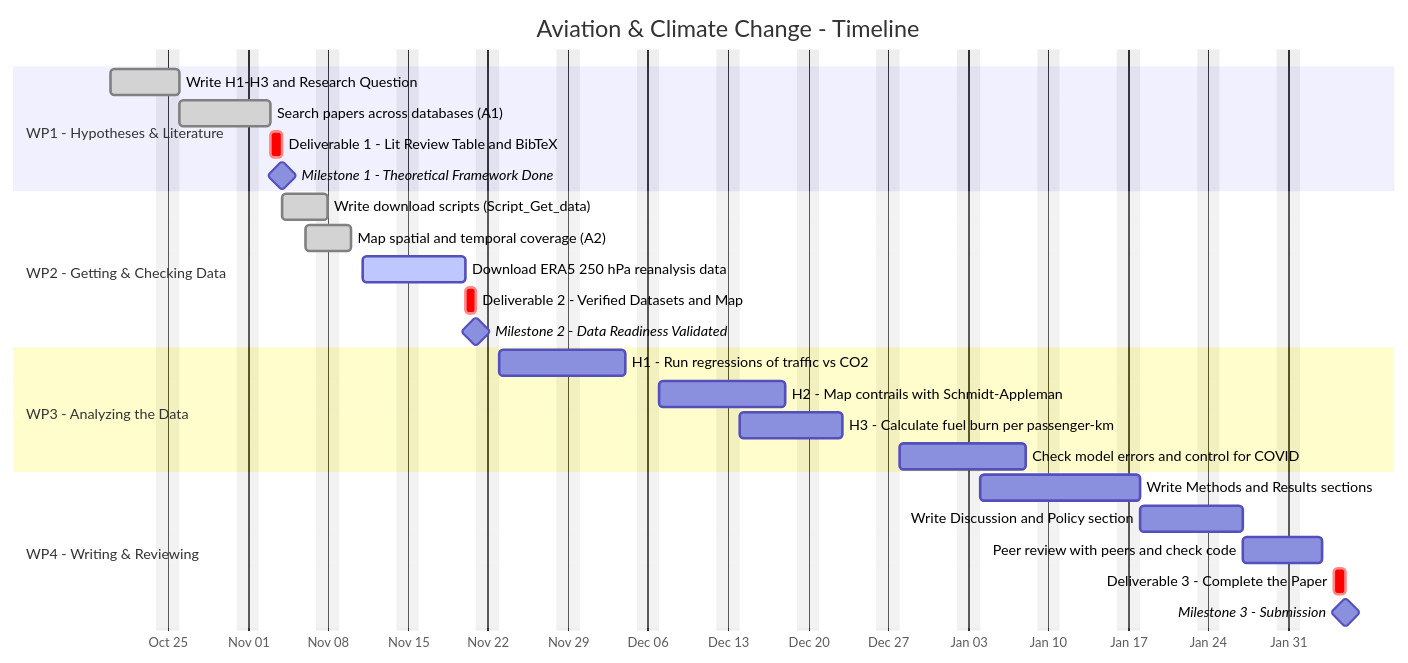
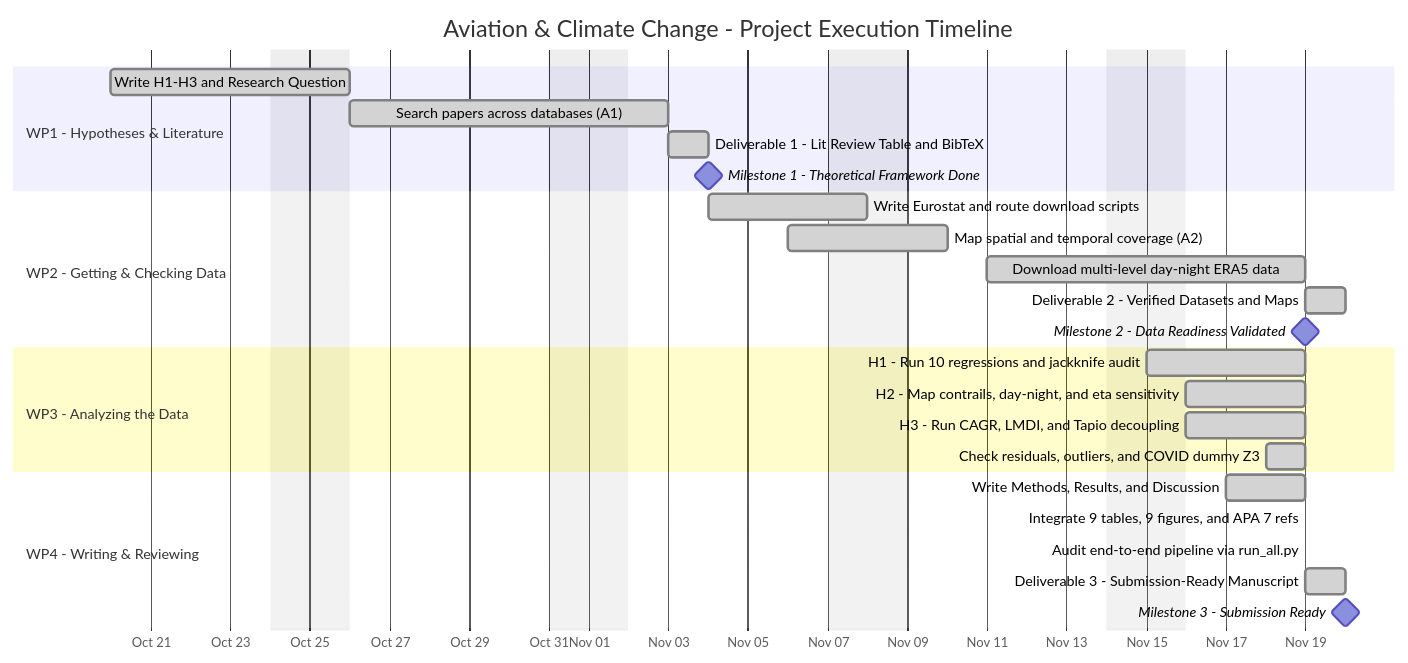
One commit to SanRoy-9/Aviation_and_Climate_Change changed the second of 3 diagrams in README.md. Above: the diagram before and after it, drawn with Mermaid. The commit also changed other lines of this file, not shown here.

````diff
--- a/README.md
+++ b/README.md
@@ -119,29 +139,29 @@
 ```mermaid
 gantt
-    title Aviation & Climate Change - Timeline
+    title Aviation & Climate Change - Project Execution Timeline
     dateFormat YYYY-MM-DD
     axisFormat  %b %d
     excludes    weekends
     section WP1 - Hypotheses & Literature
     Write H1-H3 and Research Question :done, wp1_1, 2026-10-20, 2026-10-26
     Search papers across databases (A1) :done, wp1_2, 2026-10-26, 2026-11-03
-    Deliverable 1 - Lit Review Table and BibTeX :crit, d1, 2026-11-03, 1d
+    Deliverable 1 - Lit Review Table and BibTeX :done, d1, 2026-11-03, 1d
     Milestone 1 - Theoretical Framework Done :milestone, m1, 2026-11-04, 0d
     section WP2 - Getting & Checking Data
-    Write download scripts (Script_Get_data) :done, wp2_1, 2026-11-04, 2026-11-08
+    Write Eurostat and route download scripts :done, wp2_1, 2026-11-04, 2026-11-08
     Map spatial and temporal coverage (A2) :done, wp2_2, 2026-11-06, 2026-11-10
-    Download ERA5 250 hPa reanalysis data :active, wp2_3, 2026-11-11, 2026-11-20
-    Deliverable 2 - Verified Datasets and Map :crit, d2, 2026-11-20, 1d
-    Milestone 2 - Data Readiness Validated :milestone, m2, 2026-11-21, 0d
+    Download multi-level day-night ERA5 data :done, wp2_3, 2026-11-11, 2026-11-19
+    Deliverable 2 - Verified Datasets and Maps :done, d2, 2026-11-19, 1d
+    Milestone 2 - Data Readiness Validated :milestone, m2, 2026-11-19, 0d
     section WP3 - Analyzing the Data
-    H1 - Run regressions of traffic vs CO2 :wp3_1, 2026-11-23, 2026-12-04
-    H2 - Map contrails with Schmidt-Appleman :wp3_2, 2026-12-07, 2026-12-18
-    H3 - Calculate fuel burn per passenger-km :wp3_3, 2026-12-14, 2026-12-23
-    Check model errors and control for COVID :wp3_4, 2026-12-28, 2027-01-08
+    H1 - Run 10 regressions and jackknife audit :done, wp3_1, 2026-11-15, 2026-11-19
+    H2 - Map contrails, day-night, and eta sensitivity :done, wp3_2, 2026-11-16, 2026-11-19
+    H3 - Run CAGR, LMDI, and Tapio decoupling :done, wp3_3, 2026-11-16, 2026-11-19
+    Check residuals, outliers, and COVID dummy Z3 :done, wp3_4, 2026-11-18, 2026-11-19
     section WP4 - Writing & Reviewing
-    Write Methods and Results sections :wp4_1, 2027-01-04, 2027-01-18
-    Write Discussion and Policy section :wp4_2, 2027-01-18, 2027-01-27
-    Peer review with peers and check code :wp4_3, 2027-01-27, 2027-02-03
-    Deliverable 3 - Complete the Paper :crit, d3, 2027-02-04, 1d
-    Milestone 3 - Submission :milestone, m3, 2027-02-05, 0d
+    Write Methods, Results, and Discussion :done, wp4_1, 2026-11-17, 2026-11-19
+    Integrate 9 tables, 9 figures, and APA 7 refs :done, wp4_2, 2026-11-19, 2026-11-19
+    Audit end-to-end pipeline via run_all.py :done, wp4_3, 2026-11-19, 2026-11-19
+    Deliverable 3 - Submission-Ready Manuscript :done, d3, 2026-11-19, 1d
+    Milestone 3 - Submission Ready :milestone, m3, 2026-11-20, 0d
 ```
````
